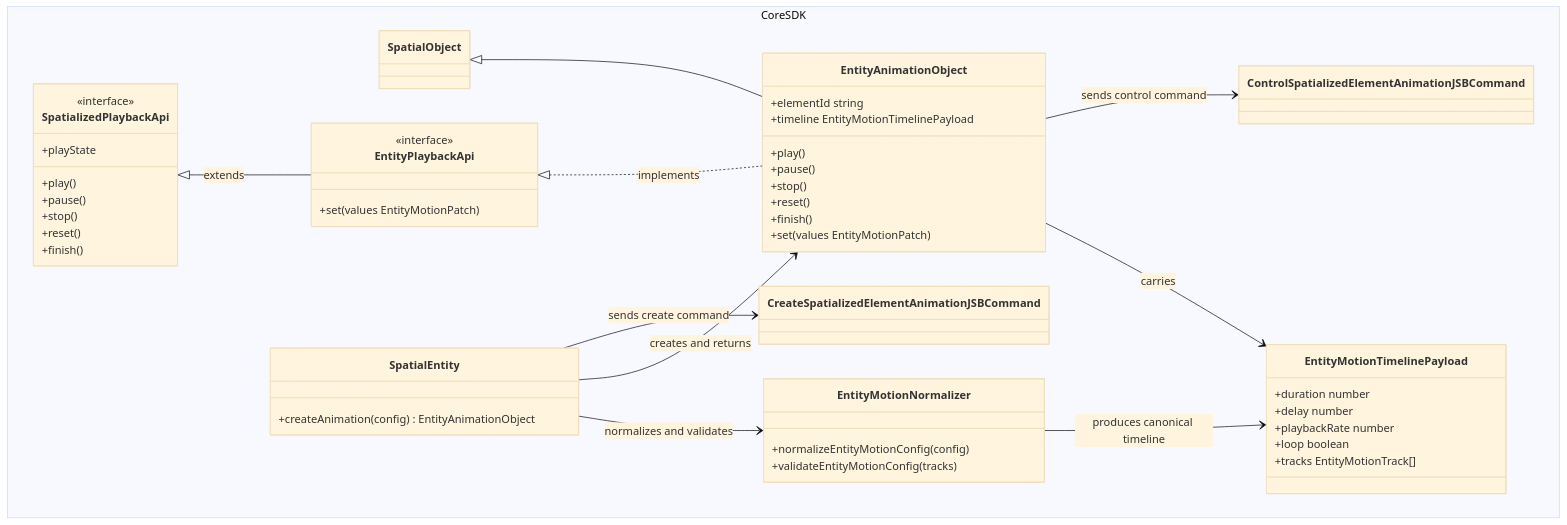
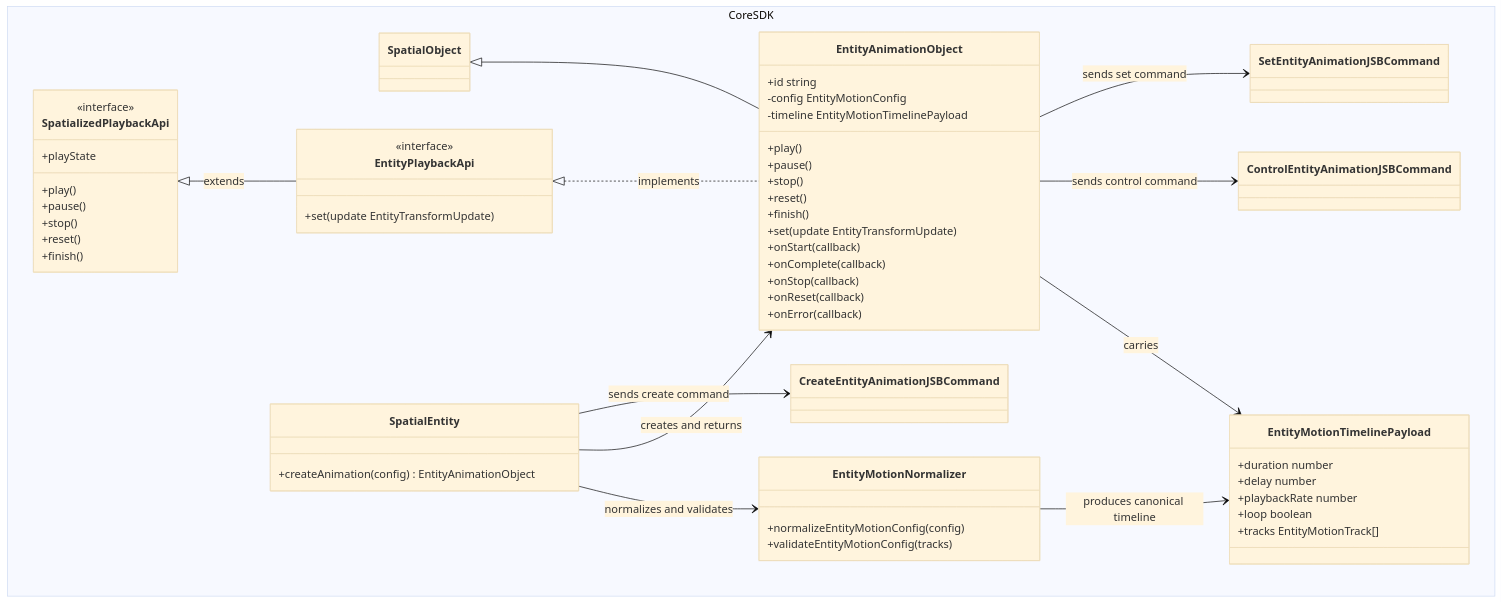
Before and after one commit to webspatial/webspatial-sdk: the sixth of 14 diagrams in openspec/changes/redesign-entity-motion-api/design.md, drawn with Mermaid (base theme). The commit also changed other lines of this file and 7 other files, not shown here.

````diff
--- a/openspec/changes/redesign-entity-motion-api/design.md
+++ b/openspec/changes/redesign-entity-motion-api/design.md
@@ -500,54 +520,62 @@
 ```mermaid
 classDiagram
     namespace CoreSDK {
         class SpatialObject
         class SpatializedPlaybackApi {
             <<interface>>
             +play()
             +pause()
             +stop()
             +reset()
             +finish()
             +playState
         }
         class EntityPlaybackApi {
             <<interface>>
-            +set(values EntityMotionPatch)
+            +set(update EntityTransformUpdate)
         }
         class SpatialEntity {
             +createAnimation(config) EntityAnimationObject
         }
         class EntityMotionNormalizer {
             +normalizeEntityMotionConfig(config)
             +validateEntityMotionConfig(tracks)
         }
         class EntityMotionTimelinePayload {
             +duration number
             +delay number
             +playbackRate number
             +loop boolean
             +tracks EntityMotionTrack[]
         }
         class EntityAnimationObject {
-            +elementId string
-            +timeline EntityMotionTimelinePayload
+            +id string
+            -config EntityMotionConfig
+            -timeline EntityMotionTimelinePayload
             +play()
             +pause()
             +stop()
             +reset()
             +finish()
-            +set(values EntityMotionPatch)
+            +set(update EntityTransformUpdate)
+            +onStart(callback)
+            +onComplete(callback)
+            +onStop(callback)
+            +onReset(callback)
+            +onError(callback)
         }
-        class CreateSpatializedElementAnimationJSBCommand
-        class ControlSpatializedElementAnimationJSBCommand
+        class CreateEntityAnimationJSBCommand
+        class ControlEntityAnimationJSBCommand
+        class SetEntityAnimationJSBCommand
     }
     SpatializedPlaybackApi <|-- EntityPlaybackApi : extends
     SpatialObject <|-- EntityAnimationObject
     EntityPlaybackApi <|.. EntityAnimationObject : implements
     SpatialEntity --> EntityMotionNormalizer : normalizes and validates
     EntityMotionNormalizer --> EntityMotionTimelinePayload : produces canonical timeline
     SpatialEntity --> EntityAnimationObject : creates and returns
     EntityAnimationObject --> EntityMotionTimelinePayload : carries
-    SpatialEntity --> CreateSpatializedElementAnimationJSBCommand : sends create command
-    EntityAnimationObject --> ControlSpatializedElementAnimationJSBCommand : sends control command
+    SpatialEntity --> CreateEntityAnimationJSBCommand : sends create command
+    EntityAnimationObject --> ControlEntityAnimationJSBCommand : sends control command
+    EntityAnimationObject --> SetEntityAnimationJSBCommand : sends set command
 ```
````
